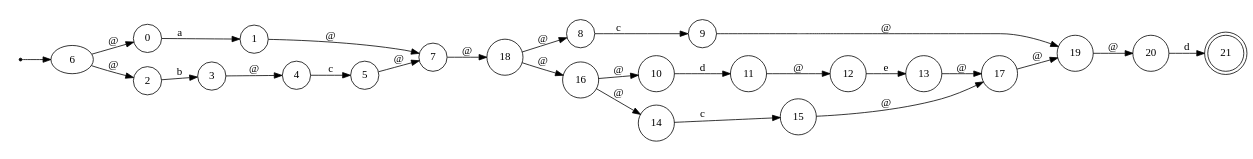
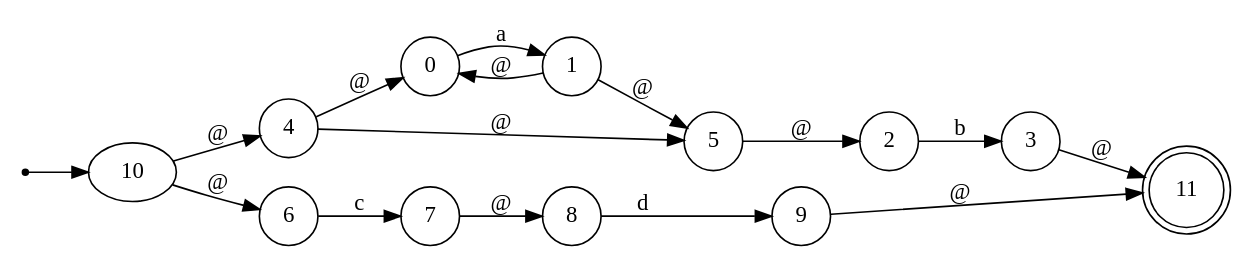
The diagram in View/fsm.gv (FabianPalacios/Automatas), drawn with Graphviz before and after one commit. The commit also changed 9 other files, not shown here.

```diff
--- a/View/fsm.gv
+++ b/View/fsm.gv
@@ -1,32 +1,22 @@
 digraph finite_state_machine {
 	rankdir=LR size="8,5"
 	ini [shape=point]
-	ini -> 6
+	ini -> 10
 	node [shape=doublecircle]
-	21
+	11
 	node [shape=circle]
 	0 -> 1 [label=a]
 	2 -> 3 [label=b]
-	4 -> 5 [label=c]
-	3 -> 4 [label="@"]
-	6 -> 2 [label="@"]
-	6 -> 0 [label="@"]
-	5 -> 7 [label="@"]
-	1 -> 7 [label="@"]
-	8 -> 9 [label=c]
-	10 -> 11 [label=d]
-	12 -> 13 [label=e]
-	11 -> 12 [label="@"]
-	14 -> 15 [label=c]
-	16 -> 14 [label="@"]
-	16 -> 10 [label="@"]
-	15 -> 17 [label="@"]
-	13 -> 17 [label="@"]
-	18 -> 16 [label="@"]
-	18 -> 8 [label="@"]
-	17 -> 19 [label="@"]
-	9 -> 19 [label="@"]
-	20 -> 21 [label=d]
-	19 -> 20 [label="@"]
-	7 -> 18 [label="@"]
+	4 -> 5 [label="@"]
+	4 -> 0 [label="@"]
+	1 -> 0 [label="@"]
+	1 -> 5 [label="@"]
+	5 -> 2 [label="@"]
+	6 -> 7 [label=c]
+	8 -> 9 [label=d]
+	7 -> 8 [label="@"]
+	10 -> 6 [label="@"]
+	10 -> 4 [label="@"]
+	9 -> 11 [label="@"]
+	3 -> 11 [label="@"]
 }
```
